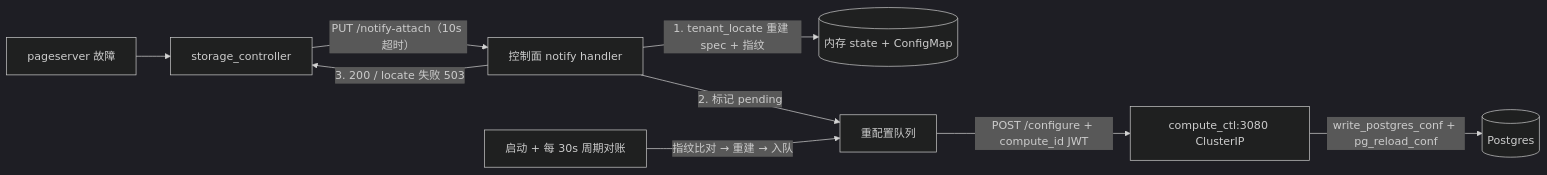
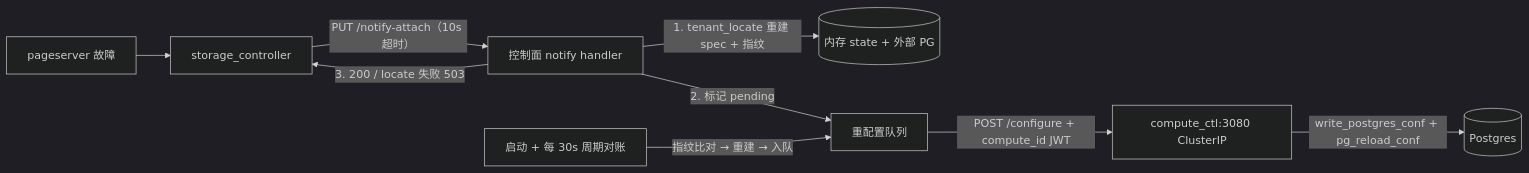
The second of 2 diagrams in charts/neon-control-plane/README.md (chirpyli/helm-charts), drawn with Mermaid (dark theme) before and after one commit. The commit also changed other lines of this file and 45 other files, not shown here.

````diff
--- a/charts/neon-control-plane/README.md
+++ b/charts/neon-control-plane/README.md
@@ -116,11 +119,11 @@
 ```mermaid
 flowchart LR
   PS[pageserver 故障] --> SC[storage_controller]
   SC -- "PUT /notify-attach（10s 超时）" --> N[控制面 notify handler]
-  N -- "1. tenant_locate 重建 spec + 指纹" --> ST[(内存 state + ConfigMap)]
+  N -- "1. tenant_locate 重建 spec + 指纹" --> ST[(内存 state + 外部 PG)]
   N -- "2. 标记 pending" --> Q[重配置队列]
   N -- "3. 200 / locate 失败 503" --> SC
   R[启动 + 每 30s 周期对账] -- "指纹比对 → 重建 → 入队" --> Q
   Q -- "POST /configure + compute_id JWT" --> C[compute_ctl:3080 ClusterIP]
   C -- "write_postgres_conf + pg_reload_conf" --> PG[(Postgres)]
 ```
````
